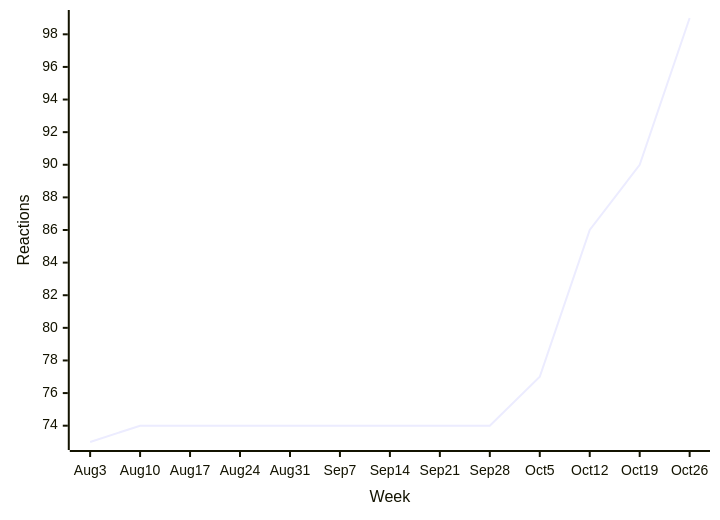
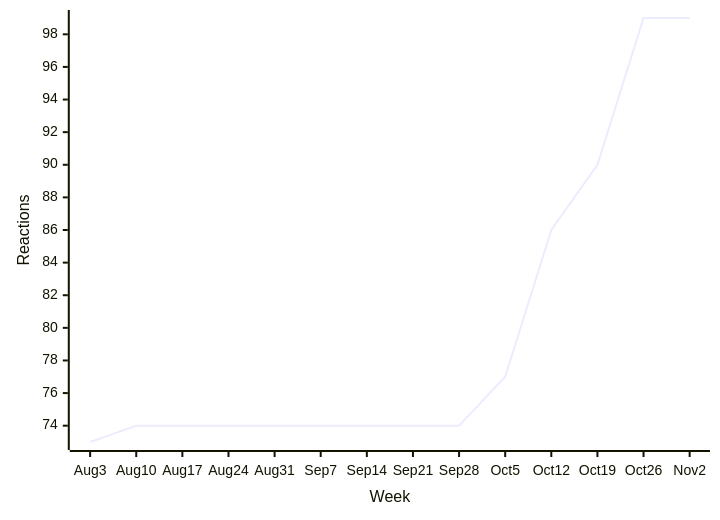
Before and after one commit to loic-sharma/github-insights: the third of 38 diagrams in README.md, drawn with Mermaid. The commit also changed other lines of this file and 3 other files, not shown here.

````diff
--- a/README.md
+++ b/README.md
@@ -358,6 +358,6 @@
   ```mermaid
   xychart-beta
-    x-axis "Week" [Aug 3, Aug 10, Aug 17, Aug 24, Aug 31, Sep 7, Sep 14, Sep 21, Sep 28, Oct 5, Oct 12, Oct 19, Oct 26]
+    x-axis "Week" [Aug 3, Aug 10, Aug 17, Aug 24, Aug 31, Sep 7, Sep 14, Sep 21, Sep 28, Oct 5, Oct 12, Oct 19, Oct 26, Nov 2]
     y-axis "Reactions"
-    line [73, 74, 74, 74, 74, 74, 74, 74, 74, 77, 86, 90, 99]
+    line [73, 74, 74, 74, 74, 74, 74, 74, 74, 77, 86, 90, 99, 99]
   ```
````
